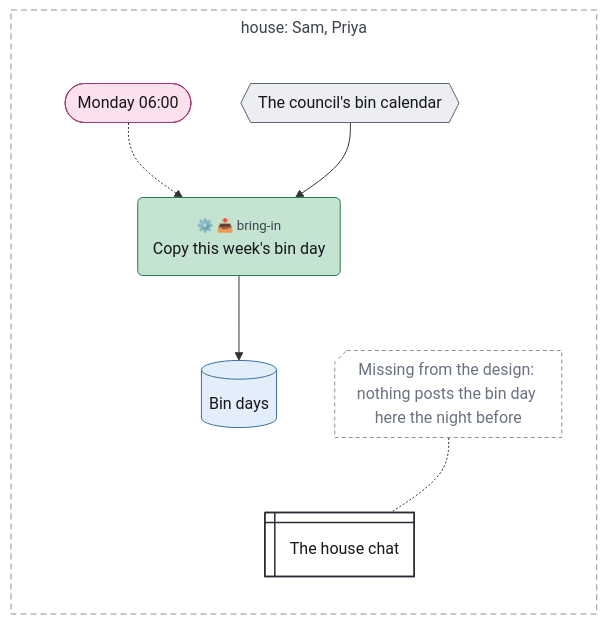
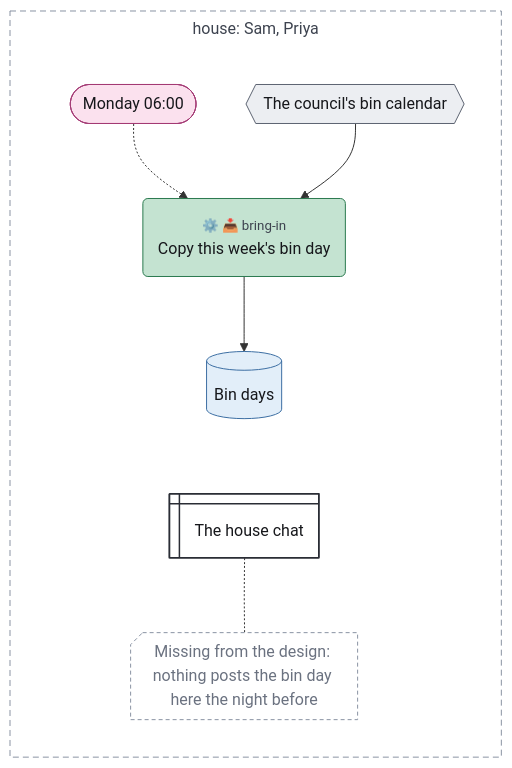
The diagram in examples/tour/08-gap.mmd (chrismdp/awml), drawn with Mermaid before and after one commit. The commit also changed 49 other files, not shown here.

```diff
--- a/examples/tour/08-gap.mmd
+++ b/examples/tour/08-gap.mmd
@@ -1,42 +1,42 @@
 ---
 config:
   theme: default
   flowchart:
     useMaxWidth: false
     subGraphTitleMargin:
       top: 6
       bottom: 30
 ---
 flowchart TB
-  subgraph house["house: Sam, Priya"]
+  subgraph house["house#58; Sam#44; Priya"]
     direction TB
-    monday(["Monday 06:00"])
-    council{{"The council's bin calendar"}}
-    copy("<small style='color:#3d434f'>⚙️ 📥 bring-in</small><br>Copy this week's bin day")
+    monday(["Monday 06#58;00"])
+    council{{"The council#39;s bin calendar"}}
+    copy("<small style='color:rgb(61,67,79)'>⚙️ 📥 bring-in</small><br>Copy this week#39;s bin day")
     bins[("Bin days")]
     chat@{ shape: win-pane, label: "The house chat" }
-    gap@{ shape: notch-rect, label: "Missing from the design: nothing posts the bin day here the night before" }
+    gap@{ shape: notch-rect, label: "Missing from the design#58; nothing posts the bin day here the night before" }
   end
 
   monday -.-> copy
   council --> copy
   copy --> bins
   bins ~~~ chat
-  gap -.- chat
+  chat -.- gap
   classDef trig fill:#fbe1ee,stroke:#a33a74,color:#16171b
   classDef ctx fill:#e2eef9,stroke:#3d6fa3,color:#16171b
   classDef con fill:#eceef2,stroke:#5d6472,color:#16171b
   classDef surf fill:#ffffff,stroke:#2a2d35,stroke-width:1.5px,color:#16171b
   classDef out fill:#fde4dc,stroke:#b5532f,color:#16171b
   classDef ai fill:#cdd3fb,stroke:#3b4bb0,color:#16171b
   classDef code fill:#c4e3d1,stroke:#2b7a4f,color:#16171b
   classDef person fill:#f7d79a,stroke:#9a6100,color:#16171b
   classDef uml fill:#16171b,stroke:#16171b,color:#16171b
   classDef gap fill:#ffffff,stroke:#8a93a3,stroke-dasharray:4 3,color:#6b7280
   class monday trig
   class bins ctx
   class council con
   class chat surf
   class copy code
   class gap gap
   style house fill:transparent,stroke:#8a93a3,stroke-dasharray:6 4,color:#3d434f
```
